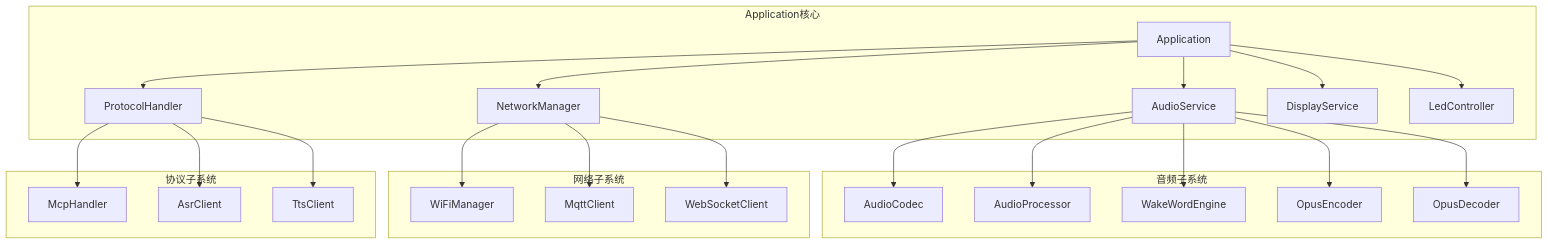
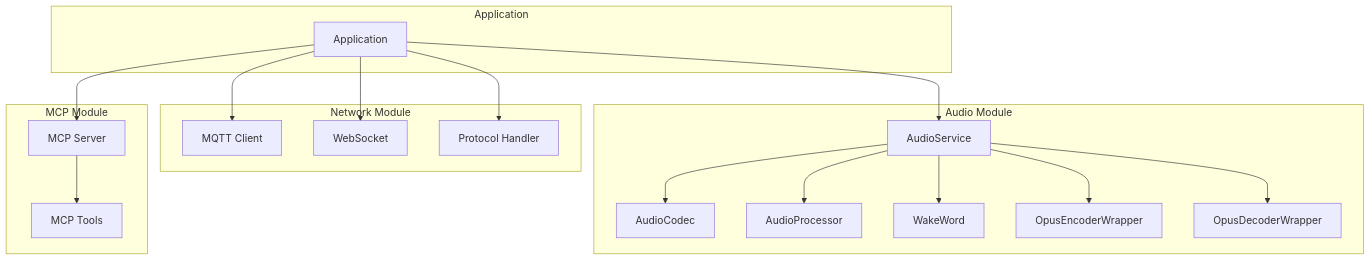
One commit to jihengzhang/xiaozhi-esp32 changed the second of 4 diagrams in main/main_readme.md. Above: the diagram before and after it, drawn with Mermaid. The commit also changed other lines of this file, not shown here.

Commit message:
add high level diagram of main with Markdown mermai graph

````diff
--- a/main/main_readme.md
+++ b/main/main_readme.md
@@ -37,30 +51,39 @@
 ```mermaid
 graph TD
-    subgraph Application核心
-        App[Application] --> Audio[AudioService]
-        App --> Network[NetworkManager]
-        App --> Protocol[ProtocolHandler]
-        App --> Display[DisplayService]
-        App --> LED[LedController]
+    subgraph Application
+        App[Application]
     end
 
-    subgraph 音频子系统
-        Audio --> Codec[AudioCodec]
-        Audio --> Processor[AudioProcessor]
-        Audio --> WakeWord[WakeWordEngine]
-        Audio --> OpusEnc[OpusEncoder]
-        Audio --> OpusDec[OpusDecoder]
+    subgraph Audio Module
+        AudioService[AudioService]
+        AudioCodec[AudioCodec]
+        AudioProcessor[AudioProcessor]
+        WakeWord[WakeWord]
+        OpusEncoder[OpusEncoderWrapper]
+        OpusDecoder[OpusDecoderWrapper]
+        
+        AudioService --> AudioCodec
+        AudioService --> AudioProcessor
+        AudioService --> WakeWord
+        AudioService --> OpusEncoder
+        AudioService --> OpusDecoder
     end
 
-    subgraph 网络子系统
-        Network --> WiFi[WiFiManager]
-        Network --> MQTT[MqttClient]
-        Network --> WebSocket[WebSocketClient]
+    subgraph Network Module
+        MQTT[MQTT Client]
+        WebSocket[WebSocket]
+        Protocol[Protocol Handler]
     end
 
-    subgraph 协议子系统
-        Protocol --> MCP[McpHandler]
-        Protocol --> ASR[AsrClient]
-        Protocol --> TTS[TtsClient]
+    subgraph MCP Module
+        MCP[MCP Server]
+        Tools[MCP Tools]
     end
+
+    App --> AudioService
+    App --> MQTT
+    App --> WebSocket
+    App --> Protocol
+    App --> MCP
+    MCP --> Tools
 ```
````
